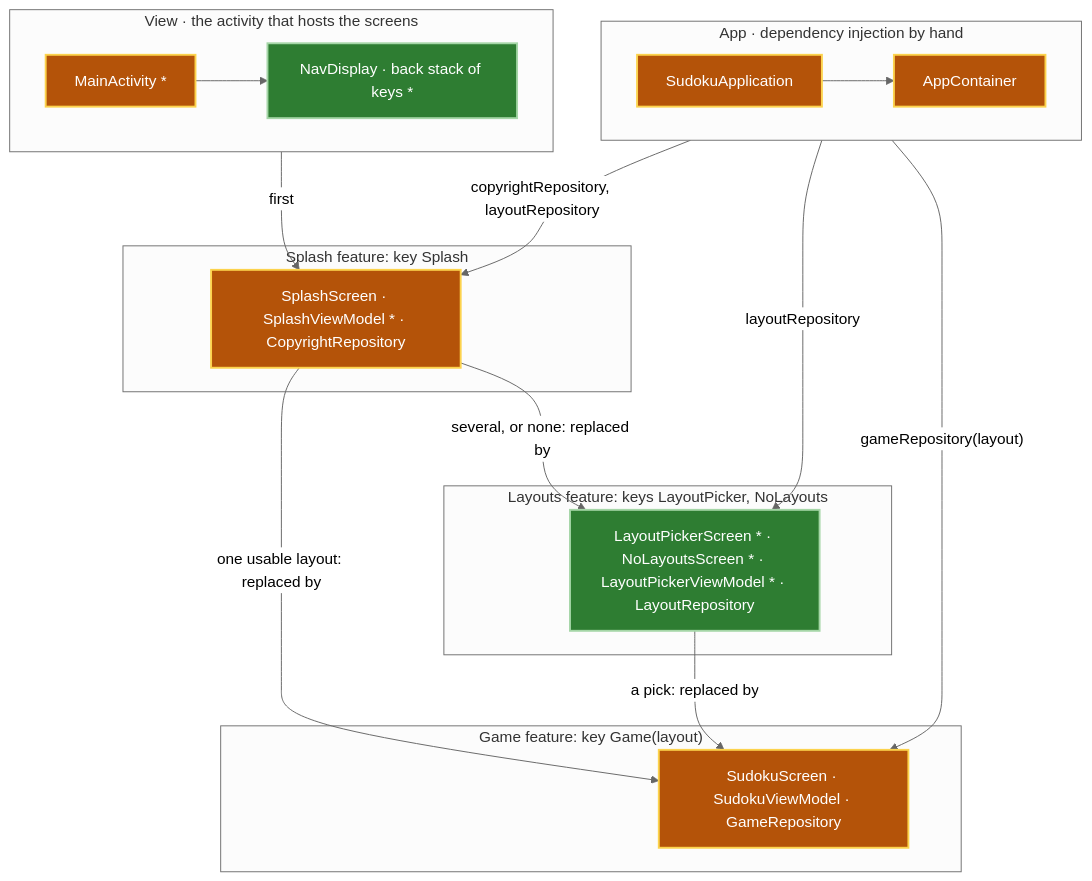
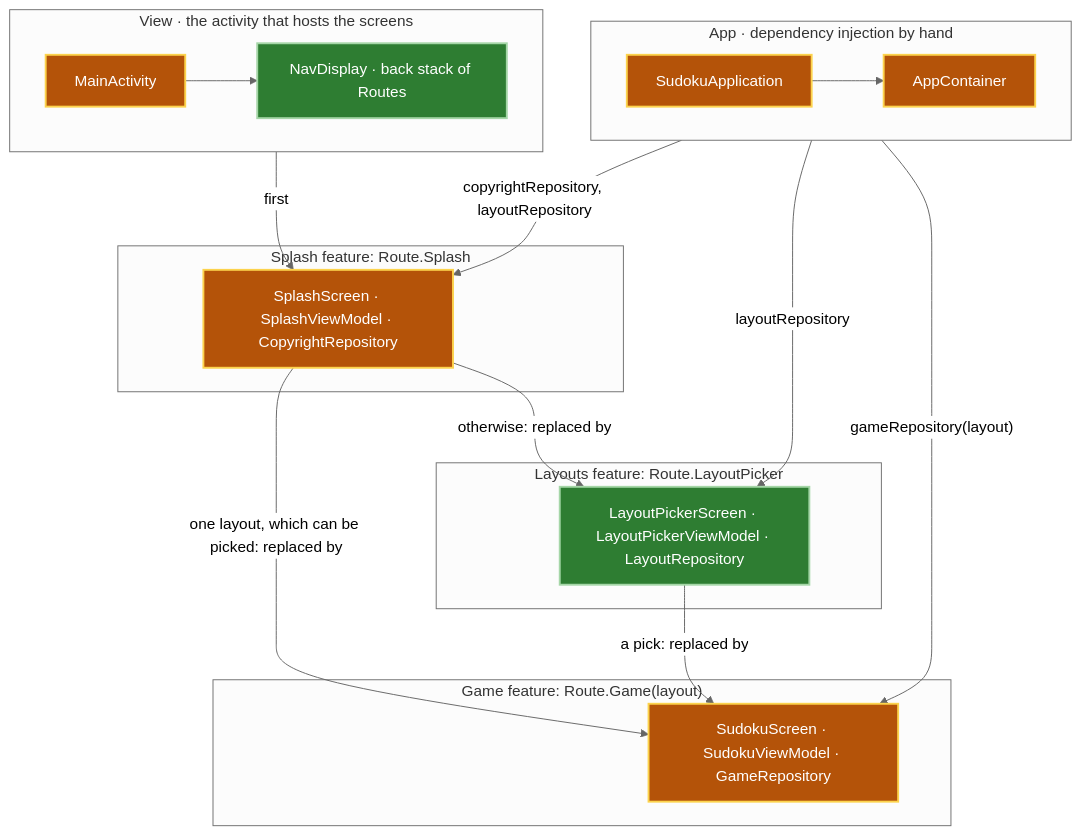
The first of 6 diagrams in android/docs/architecture.md (aivanov61/sudoku-solver), drawn with Mermaid (neutral theme) before and after one commit. The commit also changed other lines of this file and 12 other files, not shown here.

Commit message:
Navigate with Navigation 3 from the splash, which reads the layouts behind it, to the game on the only layout or to a layout picker that says when none can be played, each screen with its own ViewModels on a back stack saved through process death

````diff
--- a/android/docs/architecture.md
+++ b/android/docs/architecture.md
@@ -16,37 +24,37 @@
 ```mermaid
 flowchart TB
     subgraph App["App · dependency injection by hand"]
         direction LR
         SudokuApplication --> AppContainer["AppContainer"]
     end
 
     subgraph Host["View · the activity that hosts the screens"]
         direction LR
-        MainActivity["MainActivity *"] --> NavDisplay["NavDisplay · back stack of keys *"]
+        MainActivity --> NavDisplay["NavDisplay · back stack of Routes"]
     end
 
-    subgraph Splash["Splash feature: key Splash"]
-        SplashFeature["SplashScreen · SplashViewModel * · CopyrightRepository"]
+    subgraph Splash["Splash feature: Route.Splash"]
+        SplashFeature["SplashScreen · SplashViewModel · CopyrightRepository"]
     end
 
-    subgraph Layouts["Layouts feature: keys LayoutPicker, NoLayouts"]
-        LayoutsFeature["LayoutPickerScreen * · NoLayoutsScreen * · LayoutPickerViewModel * · LayoutRepository"]
+    subgraph Layouts["Layouts feature: Route.LayoutPicker"]
+        LayoutsFeature["LayoutPickerScreen · LayoutPickerViewModel · LayoutRepository"]
     end
 
-    subgraph Game["Game feature: key Game(layout)"]
+    subgraph Game["Game feature: Route.Game(layout)"]
         GameFeature["SudokuScreen · SudokuViewModel · GameRepository"]
     end
 
     NavDisplay -- "first" --> SplashFeature
-    SplashFeature -- "one usable layout: replaced by" --> GameFeature
-    SplashFeature -- "several, or none: replaced by" --> LayoutsFeature
+    SplashFeature -- "one layout, which can be picked: replaced by" --> GameFeature
+    SplashFeature -- "otherwise: replaced by" --> LayoutsFeature
     LayoutsFeature -- "a pick: replaced by" --> GameFeature
     AppContainer -- "copyrightRepository, layoutRepository" --> SplashFeature
     AppContainer -- "layoutRepository" --> LayoutsFeature
     AppContainer -- "gameRepository(layout)" --> GameFeature
 
     classDef new fill:#2e7d32,stroke:#a5d6a7,stroke-width:2px,color:#ffffff
     classDef changed fill:#b45309,stroke:#fcd34d,stroke-width:2px,color:#ffffff
     class NavDisplay,LayoutsFeature new
     class SudokuApplication,AppContainer,MainActivity,SplashFeature,GameFeature changed
 ```
````
